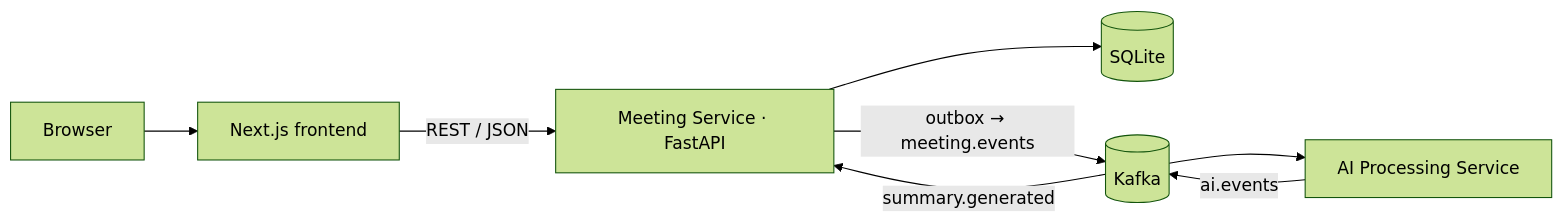
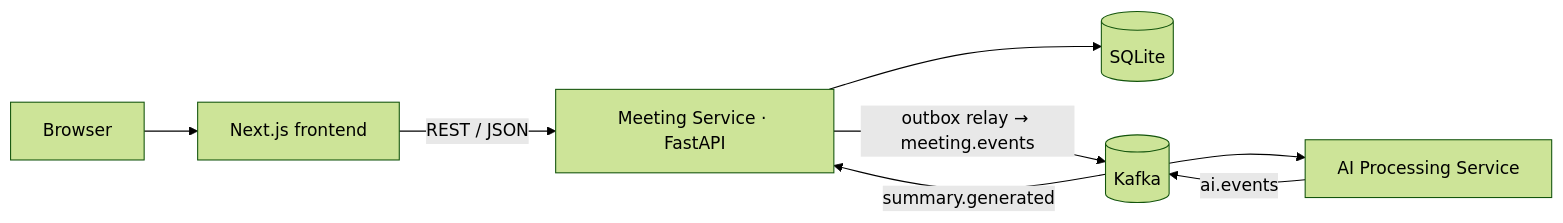
Before and after one commit to madhavgaba2005/fireflies-clone: the diagram in README.md, drawn with Mermaid (forest theme). The commit also changed other lines of this file and 29 other files, not shown here.

Commit message:
chore: initialize project architecture and documentation

````diff
--- a/README.md
+++ b/README.md
@@ -47,10 +52,10 @@
 ```mermaid
 flowchart LR
     B[Browser] --> FE[Next.js frontend]
     FE -->|REST / JSON| MS[Meeting Service · FastAPI]
     MS --> DB[(SQLite)]
-    MS -->|outbox → meeting.events| K[(Kafka)]
+    MS -->|outbox relay → meeting.events| K[(Kafka)]
     K --> AI[AI Processing Service]
     AI -->|ai.events| K
     K -->|summary.generated| MS
 ```
````
